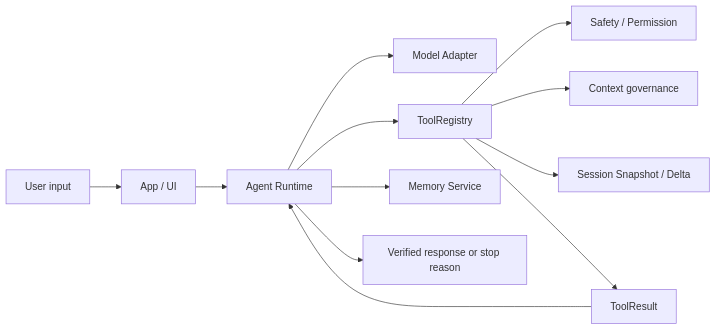
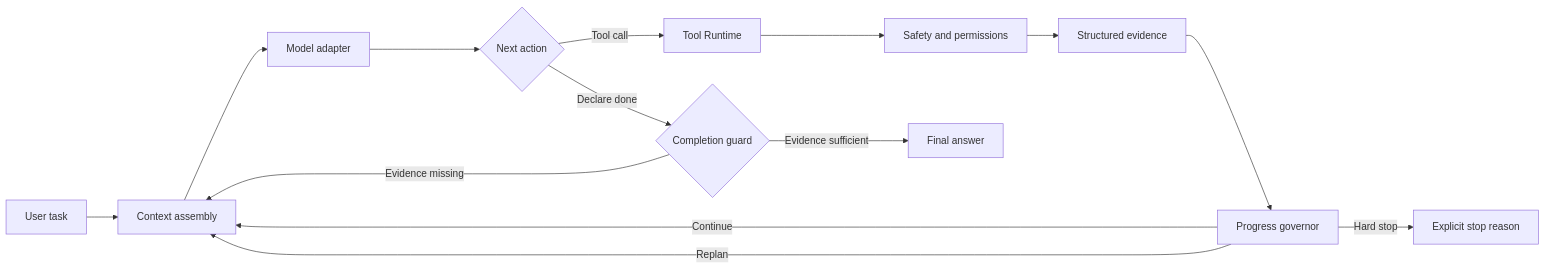
Before and after one commit to llyyyq/RepoTerm: the diagram in README.md, drawn with Mermaid. The commit also changed other lines of this file and 29 other files, not shown here.

Commit message:
feat: add runtime progress governance

````diff
--- a/README.md
+++ b/README.md
@@ -181,14 +88,16 @@
 ```mermaid
 flowchart LR
-    User[User input] --> App[App / UI]
-    App --> Runtime[Agent Runtime]
-    Runtime --> Provider[Model Adapter]
-    Runtime --> Registry[ToolRegistry]
-    Registry --> Safety[Safety / Permission]
-    Registry --> Context[Context governance]
-    Registry --> Session[Session Snapshot / Delta]
-    Runtime --> Memory[Memory Service]
-    Registry --> Result[ToolResult]
-    Result --> Runtime
-    Runtime --> Answer[Verified response or stop reason]
+    U[User task] --> C[Context assembly]
+    C --> M[Model adapter]
+    M --> D{Next action}
+    D -->|Tool call| T[Tool Runtime]
+    T --> S[Safety and permissions]
+    S --> E[Structured evidence]
+    E --> G[Progress governor]
+    G -->|Continue| C
+    G -->|Replan| C
+    D -->|Declare done| V{Completion guard}
+    V -->|Evidence sufficient| A[Final answer]
+    V -->|Evidence missing| C
+    G -->|Hard stop| X[Explicit stop reason]
 ```
````
